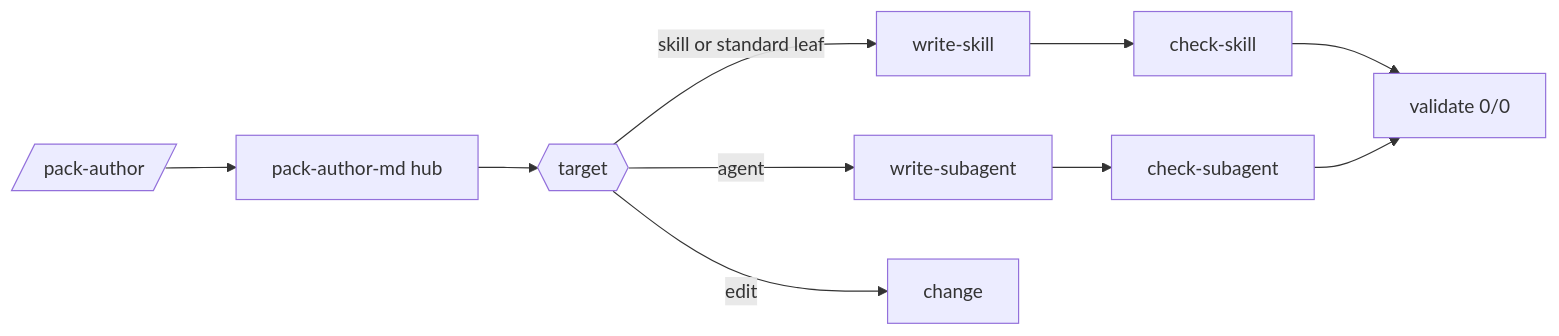
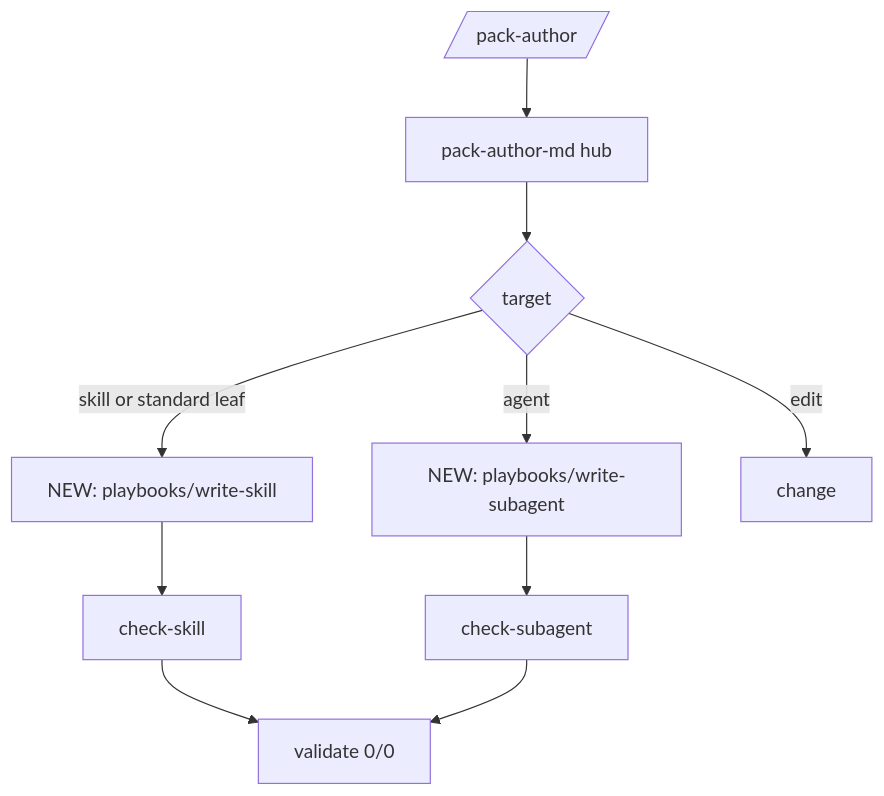
One commit to svennijhuis/agentPacks changed the sixth of 6 diagrams in docs/pbi/squad/FLOWS.md. Above: the diagram before and after it, drawn with Mermaid. The commit also changed other lines of this file and 21 other files, not shown here.

Commit message:
docs(pbi): STRUCTURE.md, pin or copy decision rule, FLOWS per existing command, good and bad example per PBI

````diff
--- a/docs/pbi/squad/FLOWS.md
+++ b/docs/pbi/squad/FLOWS.md
@@ -163,9 +193,10 @@
 ```mermaid
-flowchart LR
-  C[/pack-author/] --> H[pack-author-md hub] --> K{{target}}
-  K -->|skill or standard leaf| WS[write-skill] --> CS[check-skill]
-  K -->|agent| WA[write-subagent] --> CA[check-subagent]
+flowchart TD
+  C[/pack-author/] --> H[pack-author-md hub]
+  H --> K{target}
+  K -->|skill or standard leaf| WS[NEW: playbooks/write-skill] --> CS[check-skill]
+  K -->|agent| WA[NEW: playbooks/write-subagent] --> CA[check-subagent]
   K -->|edit| CH[change]
   CS --> V[validate 0/0]
   CA --> V
 ```
````
